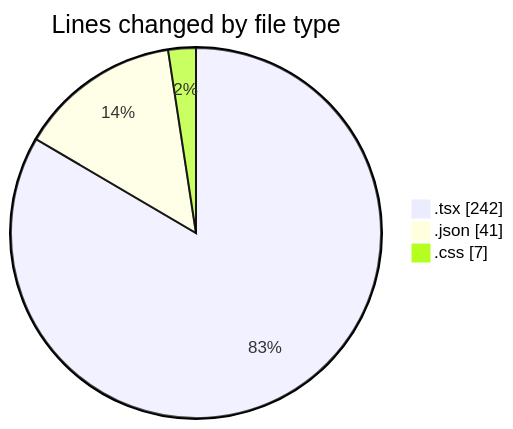
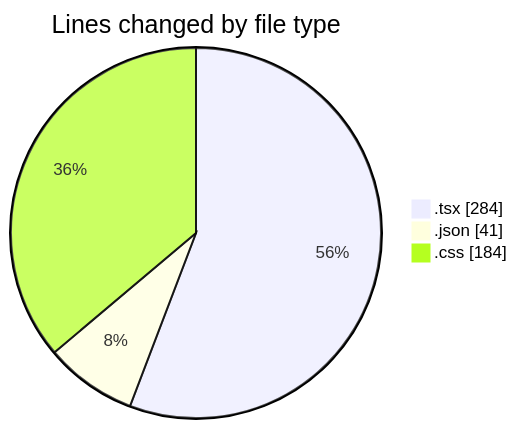
One commit to EIIisD/code-tracking changed the first of 2 diagrams in 2025-08-05/tw-server/README.md. Above: the diagram before and after it, drawn with Mermaid. The commit also changed other lines of this file and 1 other file, not shown here.

````diff
--- a/2025-08-05/tw-server/README.md
+++ b/2025-08-05/tw-server/README.md
@@ -27,7 +27,7 @@
 ```mermaid
 pie showData
 title Lines changed by file type
-".tsx" : 242
+".tsx" : 284
 ".json" : 41
-".css" : 7
+".css" : 184
 ```
````
